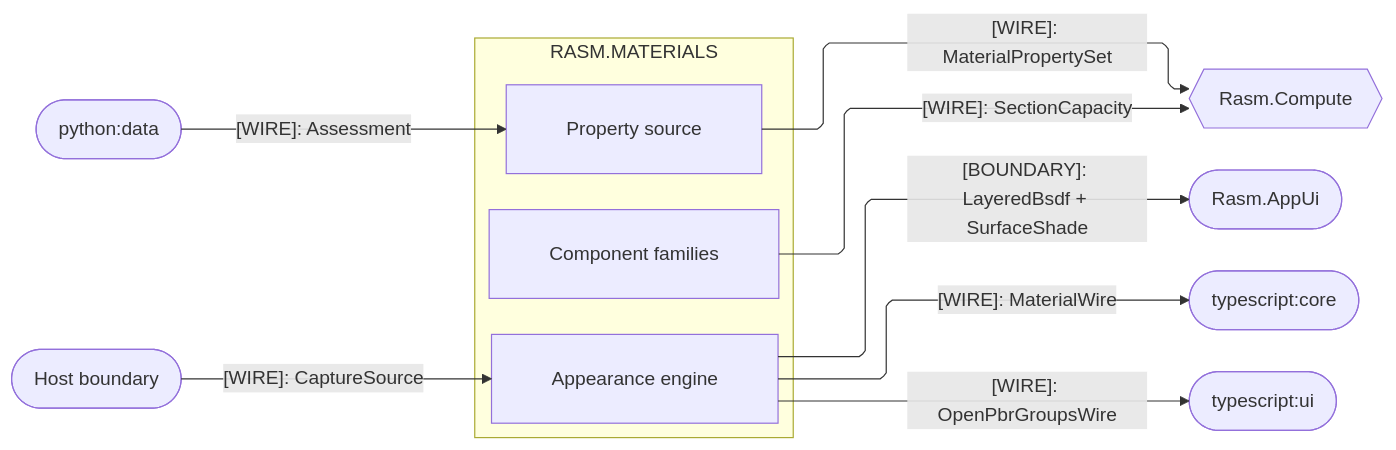
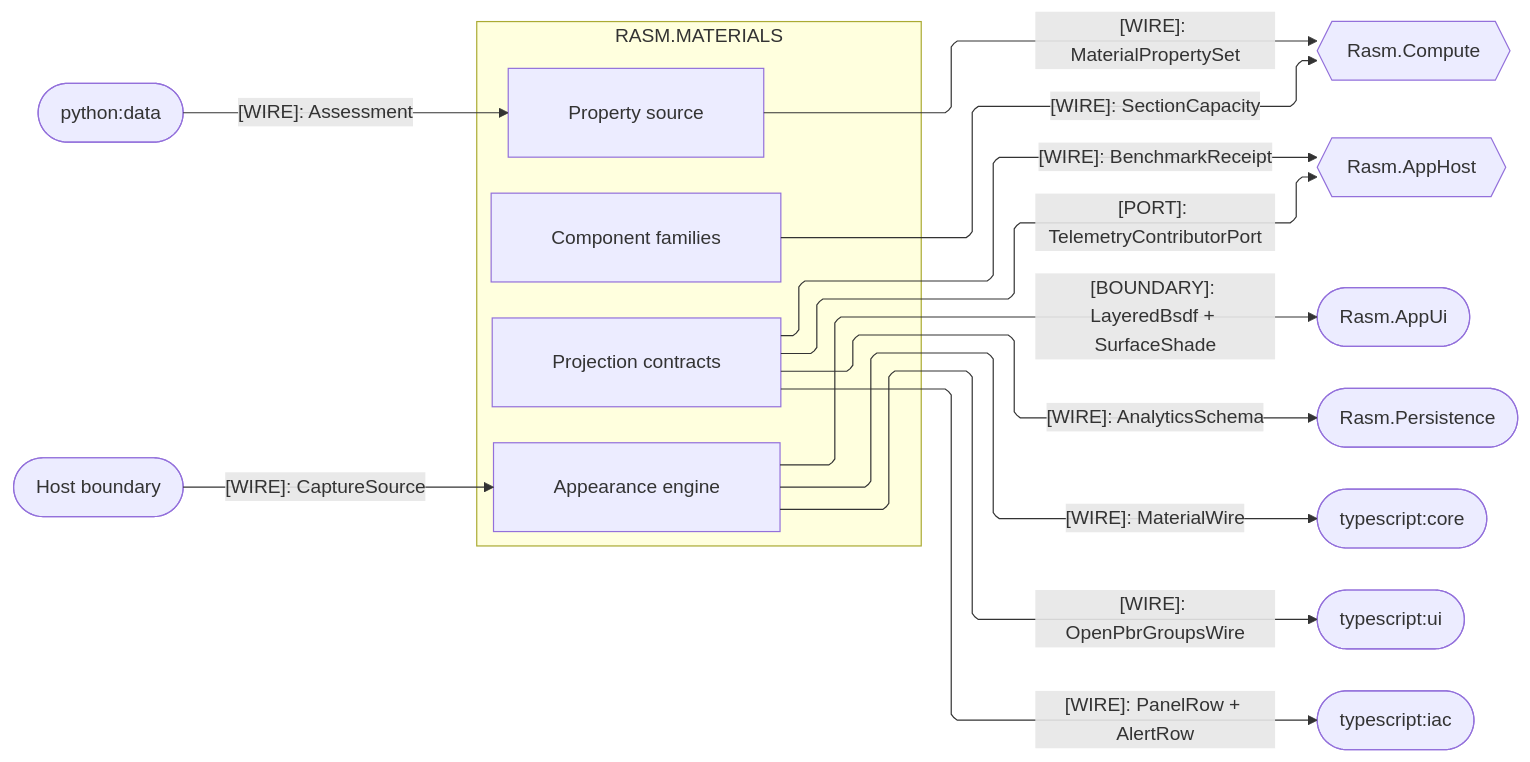
Before and after one commit to bsamiee/Rasm: the third of 3 diagrams in libs/csharp/Rasm.Materials/ARCHITECTURE.md, drawn with Mermaid. The commit also changed other lines of this file and 195 other files, not shown here.

````diff
--- a/libs/csharp/Rasm.Materials/ARCHITECTURE.md
+++ b/libs/csharp/Rasm.Materials/ARCHITECTURE.md
@@ -111,30 +114,38 @@
 ```mermaid
 ---
 config:
   layout: elk
   flowchart:
     curve: linear
     padding: 25
 ---
 flowchart LR
     accTitle: Materials platform, compute, and cross-runtime seams
-    accDescr: Materials sub-domain owners exchanging capacity, property, appearance, and capture wires with compute, the render host, the Python data peer, and the TypeScript core and viewer peers, one edge per contract family labeled by kind.
+    accDescr: Materials sub-domain owners exchanging capacity, property, appearance, capture, telemetry, benchmark, analytics, and descriptor wires with compute, the app host spine, the persistence store plane, the render host, the Python data peer, and the TypeScript core, viewer, and IaC peers, one edge per contract family labeled by kind.
     subgraph materials[RASM.MATERIALS]
         Component[Component families]
         Properties[Property source]
         Appearance[Appearance engine]
+        Projection[Projection contracts]
     end
     Compute{{Rasm.Compute}}
+    AppHost{{Rasm.AppHost}}
     AppUi([Rasm.AppUi])
+    Persistence([Rasm.Persistence])
     DataPeer([python:data])
     Core([typescript:core])
     Ui([typescript:ui])
+    Iac([typescript:iac])
     Host([Host boundary])
     Component e1@-->|"[WIRE]: SectionCapacity"| Compute
     Properties e2@-->|"[WIRE]: MaterialPropertySet"| Compute
     DataPeer e3@-->|"[WIRE]: Assessment"| Properties
     Appearance e4@-->|"[BOUNDARY]: LayeredBsdf + SurfaceShade"| AppUi
     Appearance e5@-->|"[WIRE]: MaterialWire"| Core
     Appearance e6@-->|"[WIRE]: OpenPbrGroupsWire"| Ui
     Host e7@-->|"[WIRE]: CaptureSource"| Appearance
+    Projection e8@-->|"[PORT]: TelemetryContributorPort"| AppHost
+    Projection e9@-->|"[WIRE]: BenchmarkReceipt"| AppHost
+    Projection e10@-->|"[WIRE]: AnalyticsSchema"| Persistence
+    Projection e11@-->|"[WIRE]: PanelRow + AlertRow"| Iac
 ```
````
